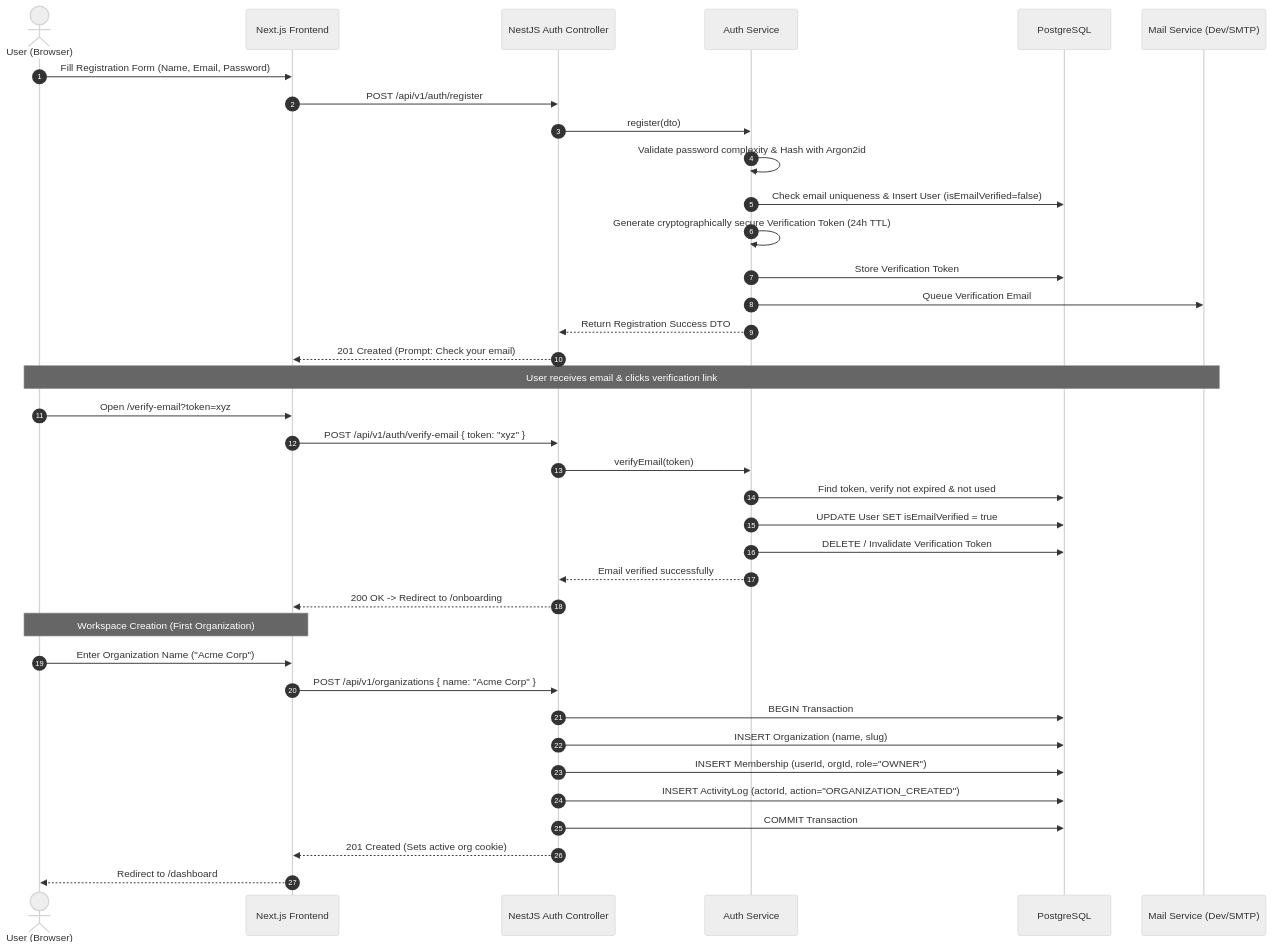
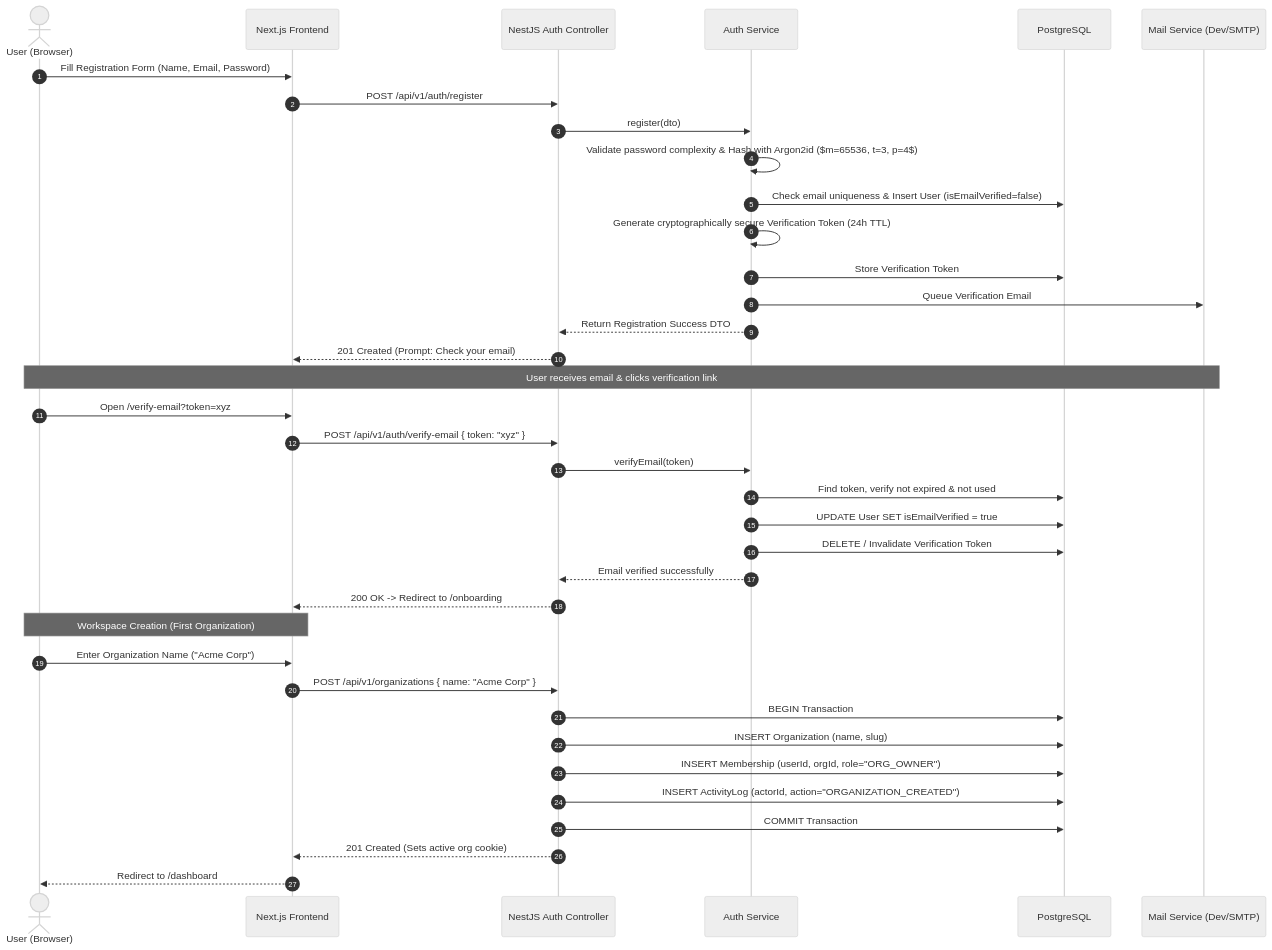
Before and after one commit to Y0oLK/teamflow: the first of 7 diagrams in docs/00-project-overview/user-journeys-and-workflows.md, drawn with Mermaid (neutral theme). The commit also changed other lines of this file and 5 other files, not shown here.

````diff
--- a/docs/00-project-overview/user-journeys-and-workflows.md
+++ b/docs/00-project-overview/user-journeys-and-workflows.md
@@ -12,44 +17,44 @@
 ```mermaid
 sequenceDiagram
     autonumber
     actor User as User (Browser)
     participant Front as Next.js Frontend
     participant API as NestJS Auth Controller
     participant AuthSvc as Auth Service
     participant DB as PostgreSQL
     participant Mail as Mail Service (Dev/SMTP)
 
     User->>Front: Fill Registration Form (Name, Email, Password)
     Front->>API: POST /api/v1/auth/register
     API->>AuthSvc: register(dto)
-    AuthSvc->>AuthSvc: Validate password complexity & Hash with Argon2id
+    AuthSvc->>AuthSvc: Validate password complexity & Hash with Argon2id ($m=65536, t=3, p=4$)
     AuthSvc->>DB: Check email uniqueness & Insert User (isEmailVerified=false)
     AuthSvc->>AuthSvc: Generate cryptographically secure Verification Token (24h TTL)
     AuthSvc->>DB: Store Verification Token
     AuthSvc->>Mail: Queue Verification Email
     AuthSvc-->>API: Return Registration Success DTO
     API-->>Front: 201 Created (Prompt: Check your email)
 
     Note over User,Mail: User receives email & clicks verification link
 
     User->>Front: Open /verify-email?token=xyz
     Front->>API: POST /api/v1/auth/verify-email { token: "xyz" }
     API->>AuthSvc: verifyEmail(token)
     AuthSvc->>DB: Find token, verify not expired & not used
     AuthSvc->>DB: UPDATE User SET isEmailVerified = true
     AuthSvc->>DB: DELETE / Invalidate Verification Token
     AuthSvc-->>API: Email verified successfully
     API-->>Front: 200 OK -> Redirect to /onboarding
 
     Note over User,Front: Workspace Creation (First Organization)
 
     User->>Front: Enter Organization Name ("Acme Corp")
     Front->>API: POST /api/v1/organizations { name: "Acme Corp" }
     API->>DB: BEGIN Transaction
     API->>DB: INSERT Organization (name, slug)
-    API->>DB: INSERT Membership (userId, orgId, role="OWNER")
+    API->>DB: INSERT Membership (userId, orgId, role="ORG_OWNER")
     API->>DB: INSERT ActivityLog (actorId, action="ORGANIZATION_CREATED")
     API->>DB: COMMIT Transaction
     API-->>Front: 201 Created (Sets active org cookie)
     Front-->>User: Redirect to /dashboard
 ```
````
